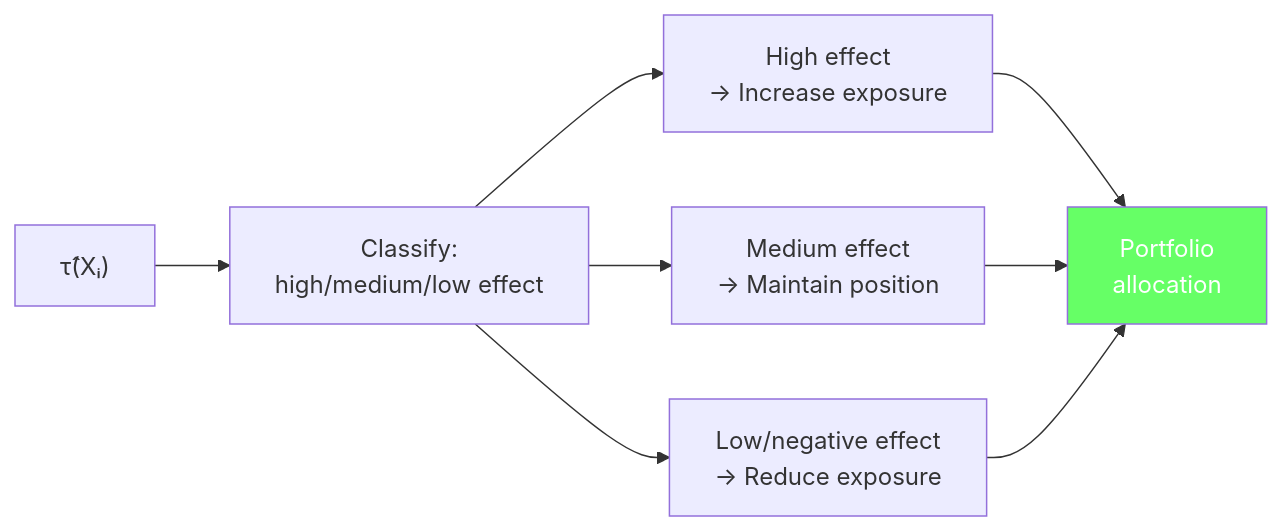
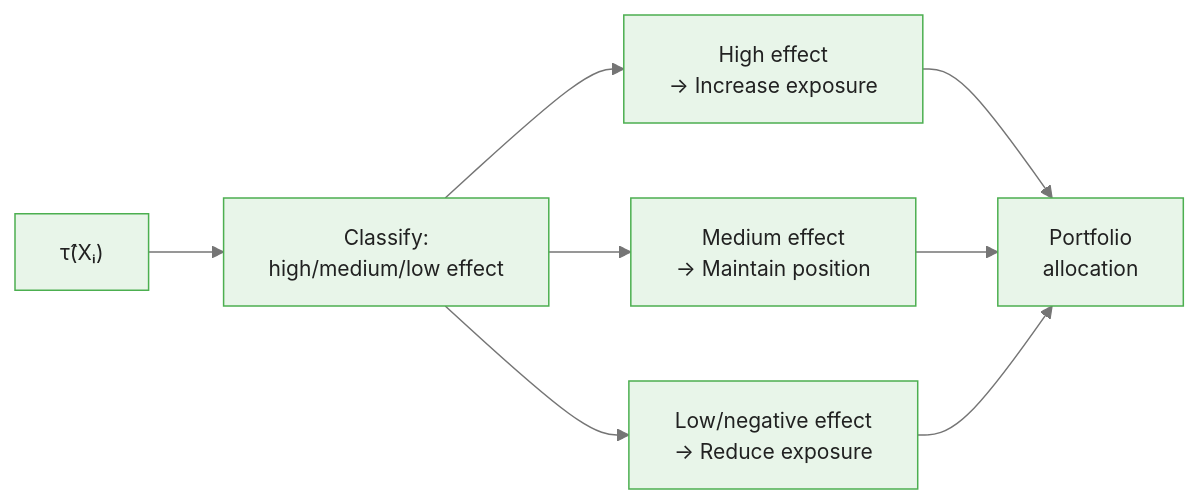
Before and after one commit to m-deane/course-creator: the third of 4 diagrams in courses/double-machine-learning/modules/module_08_heterogeneous_effects/guides/01_heterogeneous_effects_slides.md, drawn with Mermaid. The commit also changed other lines of this file and 40 other files, not shown here.

````diff
--- a/courses/double-machine-learning/modules/module_08_heterogeneous_effects/guides/01_heterogeneous_effects_slides.md
+++ b/courses/double-machine-learning/modules/module_08_heterogeneous_effects/guides/01_heterogeneous_effects_slides.md
@@ -162,11 +166,11 @@
 ```mermaid
+%%{init: {"theme": "base", "themeVariables": {"primaryColor": "#e8f5e9", "primaryBorderColor": "#4caf50", "primaryTextColor": "#212121", "secondaryColor": "#e3f2fd", "tertiaryColor": "#fff8e1", "lineColor": "#757575", "fontFamily": "Inter, sans-serif", "fontSize": "14px"}}}%%
 flowchart LR
     CATE["τ̂(Xᵢ)"] --> Classify["Classify:<br/>high/medium/low effect"]
     Classify --> High["High effect<br/>→ Increase exposure"]
     Classify --> Medium["Medium effect<br/>→ Maintain position"]
     Classify --> Low["Low/negative effect<br/>→ Reduce exposure"]
     High --> Portfolio["Portfolio<br/>allocation"]
     Medium --> Portfolio
     Low --> Portfolio
-    style Portfolio fill:#6f6,color:#fff
 ```
````
